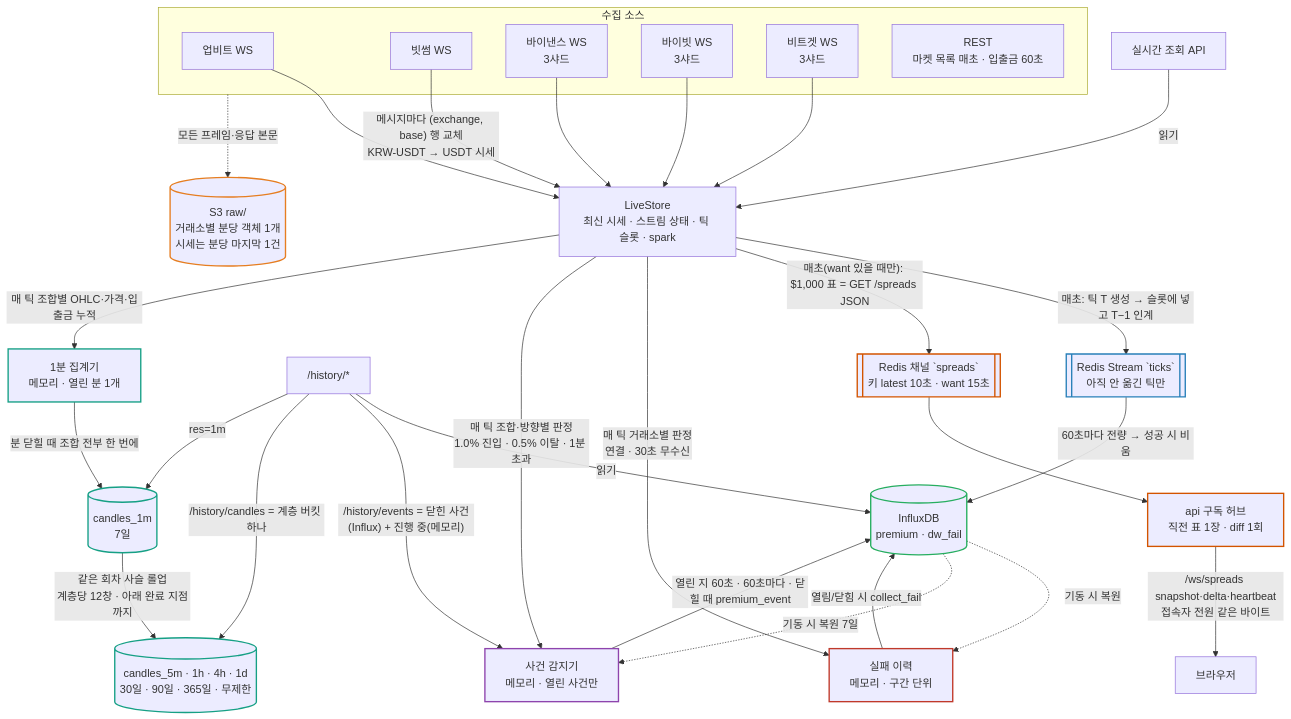
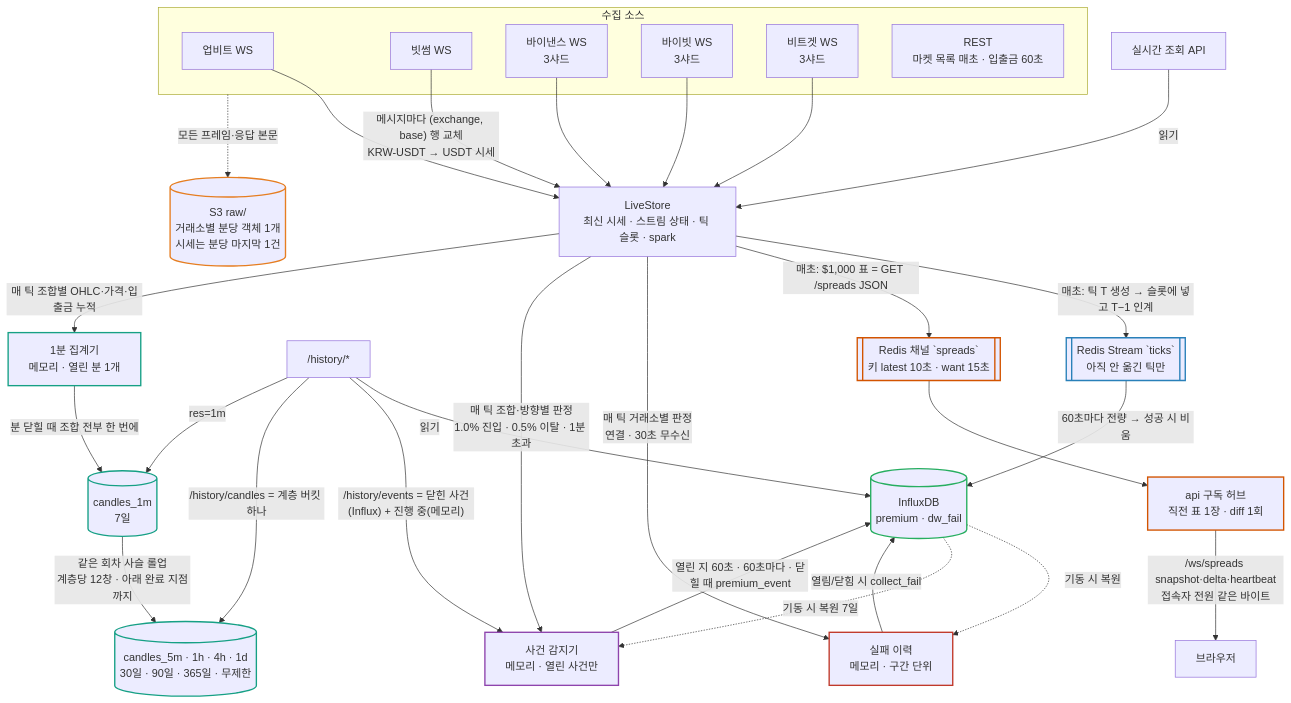
The diagram in docs/context/architecture.md (doldolgo/marketLens), drawn with Mermaid before and after one commit. The commit also changed 8 other files, not shown here.

````diff
--- a/docs/context/architecture.md
+++ b/docs/context/architecture.md
@@ -21,81 +21,81 @@
 ```mermaid
 flowchart TB
     %% ── 소스 ──
     subgraph SRC[수집 소스]
         UP[업비트 WS]
         BT[빗썸 WS]
         BN[바이낸스 WS<br/>3샤드]
         BY[바이빗 WS<br/>3샤드]
         BG[비트겟 WS<br/>3샤드]
         REST[REST<br/>마켓 목록 매초 · 입출금 60초]
     end
 
     %% ── 010 원문 싱크 ──
     S3[(S3 raw/<br/>거래소별 분당 객체 1개<br/>시세는 분당 마지막 1건)]
     SRC -. 모든 프레임·응답 본문 .-> S3
 
     %% ── LiveStore ──
     LS[LiveStore<br/>최신 시세 · 스트림 상태 · 틱 슬롯 · spark]
     UP --> LS
     BT -- "메시지마다 (exchange, base) 행 교체<br/>KRW-USDT → USDT 시세" --> LS
     BN --> LS
     BY --> LS
     BG --> LS
     API[실시간 조회 API] -- 읽기 --> LS
 
     %% ── 009 틱 → Redis → Influx ──
     RS[[Redis Stream `ticks`<br/>아직 안 옮긴 틱만]]
     LS -- "매초: 틱 T 생성 → 슬롯에 넣고 T−1 인계" --> RS
     INF[(InfluxDB<br/>premium · dw_fail)]
     RS -- "60초마다 전량 → 성공 시 비움" --> INF
     HIST["/history/*"] -- 읽기 --> INF
 
     %% ── 017 표 푸시 ──
     PUB[[Redis 채널 `spreads`<br/>키 latest 10초 · want 15초]]
-    LS -- "매초(want 있을 때만): $1,000 표 = GET /spreads JSON" --> PUB
+    LS -- "매초: $1,000 표 = GET /spreads JSON" --> PUB
     HUB[api 구독 허브<br/>직전 표 1장 · diff 1회]
     PUB --> HUB
     HUB -- "/ws/spreads snapshot·delta·heartbeat<br/>접속자 전원 같은 바이트" --> WS[브라우저]
 
     %% ── 011 수집 실패 판정 ──
     FAIL[실패 이력<br/>메모리 · 구간 단위]
     LS -- "매 틱 거래소별 판정<br/>연결 · 30초 무수신" --> FAIL
     FAIL -- "열림/닫힘 시 collect_fail" --> INF
     INF -. 기동 시 복원 .-> FAIL
 
     %% ── 013 김프/역프 사건 감지 ──
     EVT[사건 감지기<br/>메모리 · 열린 사건만]
     LS -- "매 틱 조합·방향별 판정<br/>1.0% 진입 · 0.5% 이탈 · 1분 초과" --> EVT
     EVT -- "열린 지 60초 · 60초마다 · 닫힐 때 premium_event" --> INF
     INF -. 기동 시 복원 7일 .-> EVT
     HIST -- "/history/events = 닫힌 사건(Influx) + 진행 중(메모리)" --> EVT
 
     %% ── 014 1분 봉 → 계층 롤업 ──
     AGG[1분 집계기<br/>메모리 · 열린 분 1개]
     LS -- "매 틱 조합별 OHLC·가격·입출금 누적" --> AGG
     C1[(candles_1m<br/>7일)]
     AGG -- "분 닫힐 때 조합 전부 한 번에" --> C1
     CUP[(candles_5m · 1h · 4h · 1d<br/>30일 · 90일 · 365일 · 무제한)]
     C1 -- "같은 회차 사슬 롤업<br/>계층당 12창 · 아래 완료 지점까지" --> CUP
     HIST -- "/history/candles = 계층 버킷 하나" --> CUP
     HIST -- "res=1m" --> C1
 
     %% ── 스펙 번호 (테두리 색) ──
     AGG:::spec014
     PUB:::spec017
     HUB:::spec017
     C1:::spec014
     CUP:::spec014
     S3:::spec010
     RS:::spec009
     INF:::spec005
     FAIL:::spec011
     EVT:::spec013
     classDef spec010 stroke:#e67e22,stroke-width:2px
     classDef spec009 stroke:#2980b9,stroke-width:2px
     classDef spec005 stroke:#27ae60,stroke-width:2px
     classDef spec011 stroke:#c0392b,stroke-width:2px
     classDef spec013 stroke:#8e44ad,stroke-width:2px
     classDef spec014 stroke:#16a085,stroke-width:2px
     classDef spec017 stroke:#d35400,stroke-width:2px
 ```
````
